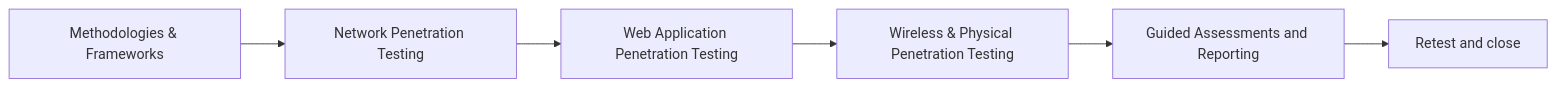
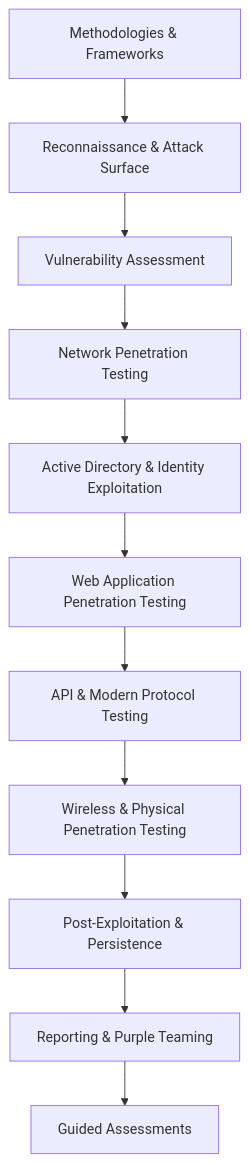
The diagram in Offensive Security/Penetration Testing.md (s4l1hs/cybersec-crook2root-notes), drawn with Mermaid before and after one commit. The commit also changed other lines of this file and 302 other files, not shown here.

````diff
--- a/Offensive Security/Penetration Testing.md
+++ b/Offensive Security/Penetration Testing.md
@@ -16,8 +16,13 @@
 ```mermaid
-flowchart LR
-    M["Methodologies & Frameworks"] --> N["Network Penetration Testing"]
-    N --> W["Web Application Penetration Testing"]
-    W --> P["Wireless & Physical Penetration Testing"]
-    P --> G["Guided Assessments and Reporting"]
-    G --> R["Retest and close"]
+flowchart TD
+    M["Methodologies & Frameworks"] --> R["Reconnaissance & Attack Surface"]
+    R --> V["Vulnerability Assessment"]
+    V --> N["Network Penetration Testing"]
+    N --> AD["Active Directory & Identity Exploitation"]
+    AD --> W["Web Application Penetration Testing"]
+    W --> API["API & Modern Protocol Testing"]
+    API --> P["Wireless & Physical Penetration Testing"]
+    P --> X["Post-Exploitation & Persistence"]
+    X --> RP["Reporting & Purple Teaming"]
+    RP --> G["Guided Assessments"]
 ```
````
